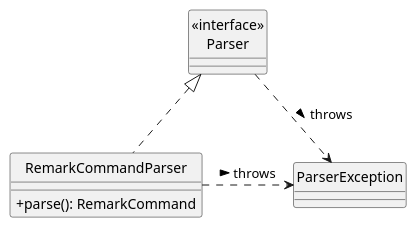
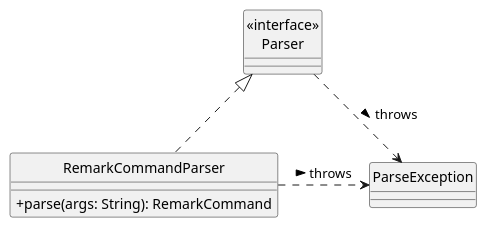
The diagram in diagrams/add-remark/ParserClass.puml (AY2627S1-CS2103T-F12-2/tp), drawn with PlantUML before and after one commit. The commit also changed 35 other files, not shown here.

```diff
--- a/diagrams/add-remark/ParserClass.puml
+++ b/diagrams/add-remark/ParserClass.puml
@@ -1,14 +1,14 @@
 @startuml
 hide circle
 skinparam classAttributeIconSize 0
 
 Class "<<interface>>\nParser" as Parser
 Class RemarkCommandParser {
-  +parse(): RemarkCommand
+  +parse(args: String): RemarkCommand
 }
-Class ParserException
+Class ParseException
 
 RemarkCommandParser .up.|> Parser
-Parser .right.> ParserException: throws >
-RemarkCommandParser .right.> ParserException: throws >
+Parser .right.> ParseException: throws >
+RemarkCommandParser .right.> ParseException: throws >
 @enduml
```
